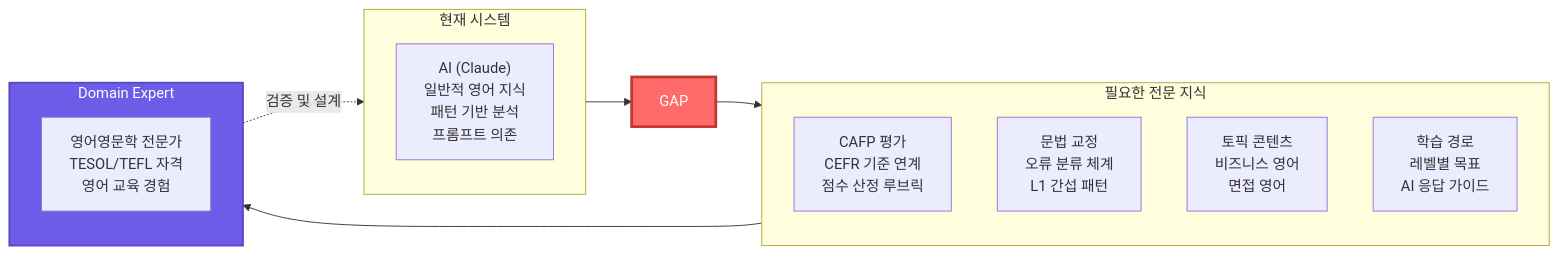
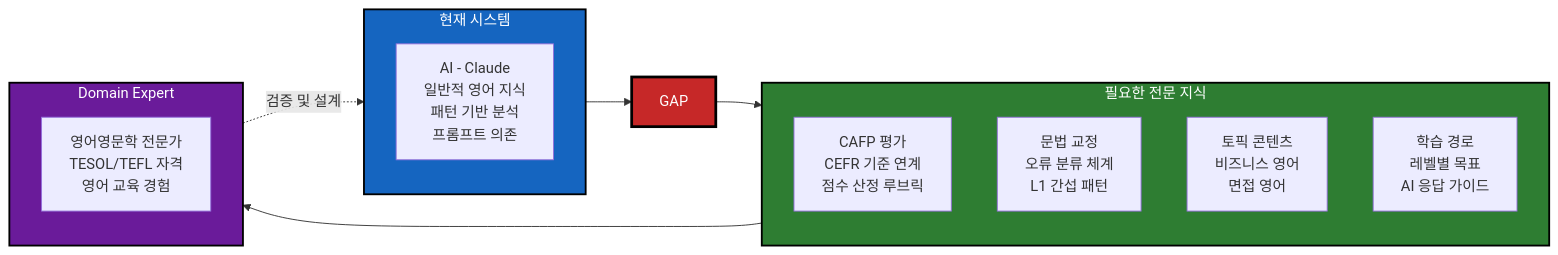
The third of 7 diagrams in docs/DIAGRAMS.md (1282saa/ringringv2), drawn with Mermaid before and after one commit. The commit also changed other lines of this file, not shown here.

First line of the commit message:
docs: 다이어그램 색상 대비 개선

````diff
--- a/docs/DIAGRAMS.md
+++ b/docs/DIAGRAMS.md
@@ -125,28 +128,30 @@
 ```mermaid
 flowchart LR
     subgraph CURRENT["현재 시스템"]
-        AI["AI (Claude)<br/>일반적 영어 지식<br/>패턴 기반 분석<br/>프롬프트 의존"]
+        AI["AI - Claude<br/>일반적 영어 지식<br/>패턴 기반 분석<br/>프롬프트 의존"]
     end
 
     GAP["GAP"]
 
     subgraph NEED["필요한 전문 지식"]
         direction TB
         E1["CAFP 평가<br/>CEFR 기준 연계<br/>점수 산정 루브릭"]
         E2["문법 교정<br/>오류 분류 체계<br/>L1 간섭 패턴"]
         E3["토픽 콘텐츠<br/>비즈니스 영어<br/>면접 영어"]
         E4["학습 경로<br/>레벨별 목표<br/>AI 응답 가이드"]
     end
 
     subgraph EXPERT["Domain Expert"]
         DE["영어영문학 전문가<br/>TESOL/TEFL 자격<br/>영어 교육 경험"]
     end
 
     CURRENT --> GAP
     GAP --> NEED
     NEED --> EXPERT
     EXPERT -.->|"검증 및 설계"| CURRENT
 
-    style GAP fill:#ff6b6b,stroke:#c0392b,stroke-width:3px,color:#fff
-    style EXPERT fill:#6c5ce7,stroke:#5849c4,stroke-width:2px,color:#fff
+    style CURRENT fill:#1565c0,stroke:#000,stroke-width:2px,color:#fff
+    style GAP fill:#c62828,stroke:#000,stroke-width:3px,color:#fff
+    style NEED fill:#2e7d32,stroke:#000,stroke-width:2px,color:#fff
+    style EXPERT fill:#6a1b9a,stroke:#000,stroke-width:2px,color:#fff
 ```
````
